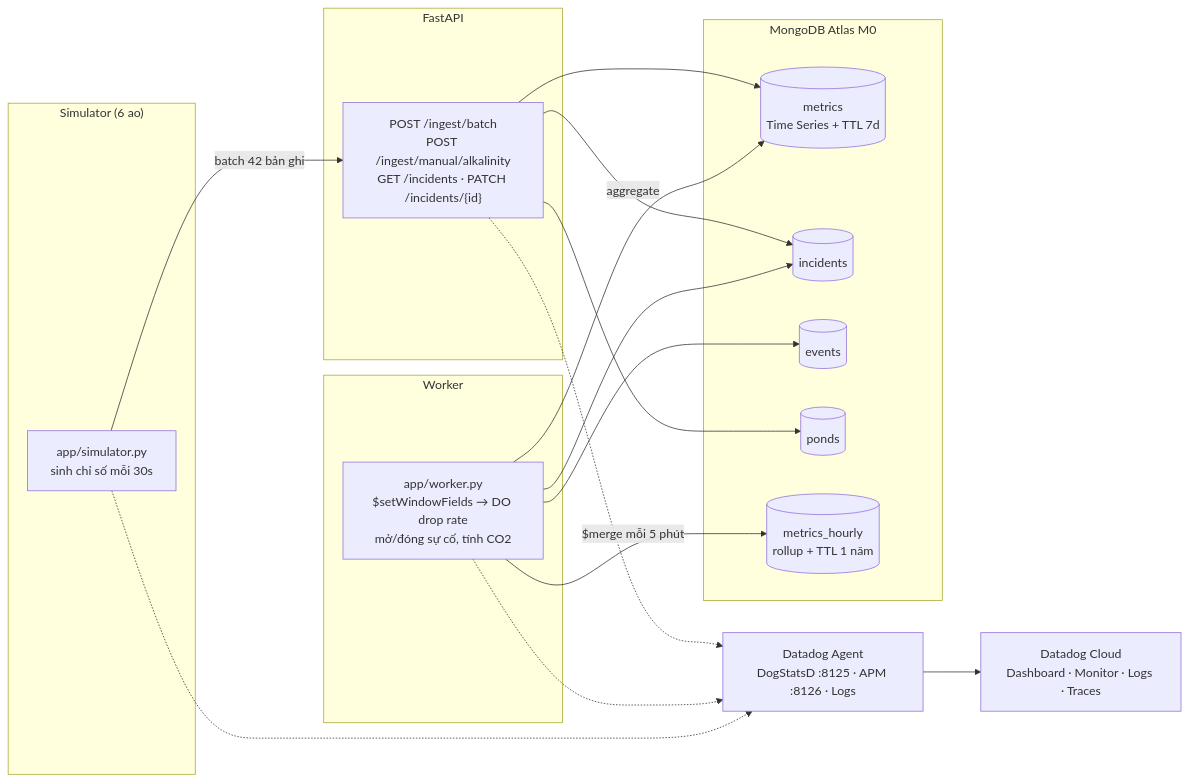
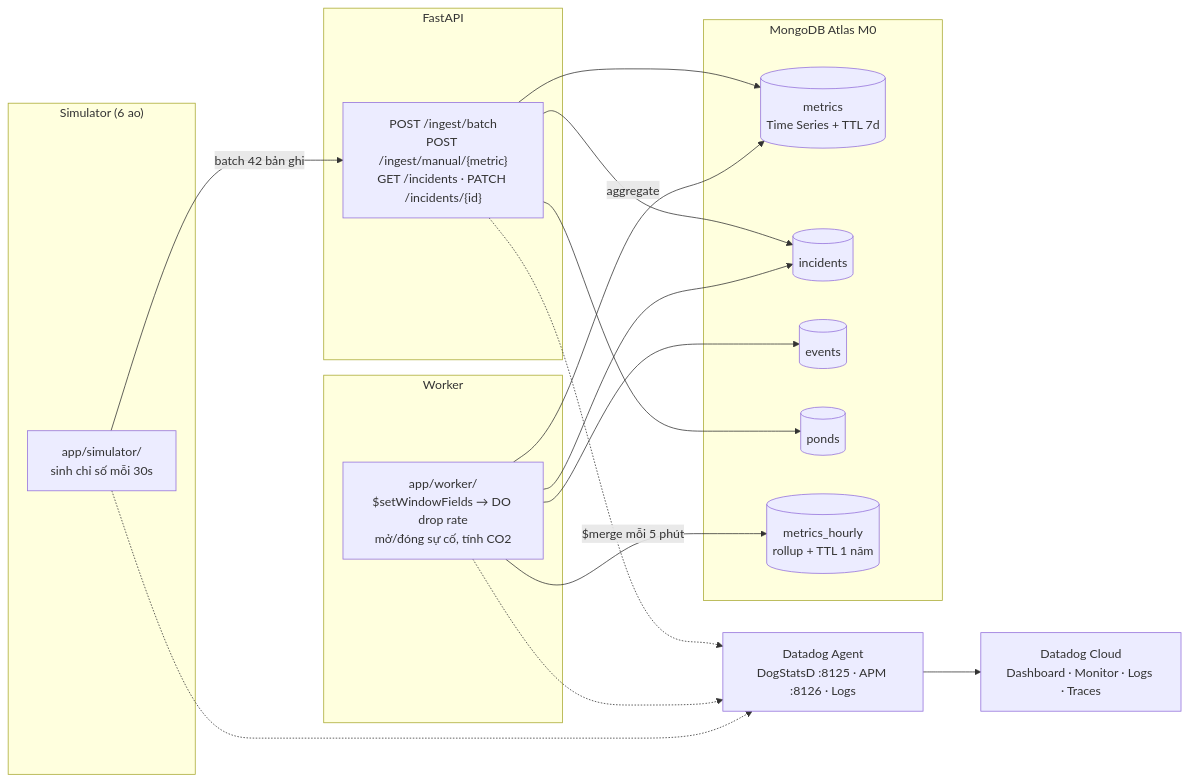
The diagram in README.md (tranducvu3/shrimpwatch), drawn with Mermaid before and after one commit. The commit also changed other lines of this file and 32 other files, not shown here.

First line of the commit message:
Split api, worker and simulator into packages; move scripts to app/cli (#18)

````diff
--- a/README.md
+++ b/README.md
@@ -67,34 +67,34 @@
 ```mermaid
 flowchart LR
     subgraph SIM["Simulator (6 ao)"]
-        S["app/simulator.py<br/>sinh chỉ số mỗi 30s"]
+        S["app/simulator/<br/>sinh chỉ số mỗi 30s"]
     end
     subgraph API["FastAPI"]
-        A["POST /ingest/batch<br/>POST /ingest/manual/alkalinity<br/>GET /incidents · PATCH /incidents/{id}"]
+        A["POST /ingest/batch<br/>POST /ingest/manual/{metric}<br/>GET /incidents · PATCH /incidents/{id}"]
     end
     subgraph W["Worker"]
-        K["app/worker.py<br/>$setWindowFields → DO drop rate<br/>mở/đóng sự cố, tính CO2"]
+        K["app/worker/<br/>$setWindowFields → DO drop rate<br/>mở/đóng sự cố, tính CO2"]
     end
     subgraph MONGO["MongoDB Atlas M0"]
         M1[("metrics<br/>Time Series + TTL 7d")]
         M2[("incidents")]
         M3[("events")]
         M4[("ponds")]
         M5[("metrics_hourly<br/>rollup + TTL 1 năm")]
     end
     DDA["Datadog Agent<br/>DogStatsD :8125 · APM :8126 · Logs"]
     DD["Datadog Cloud<br/>Dashboard · Monitor · Logs · Traces"]
 
     S -->|batch 42 bản ghi| A
     A --> M1
     A --> M2
     A --> M4
     K -->|aggregate| M1
     K --> M2
     K --> M3
     K -->|$merge mỗi 5 phút| M5
     A -.-> DDA
     K -.-> DDA
     S -.-> DDA
     DDA --> DD
 ```
````
